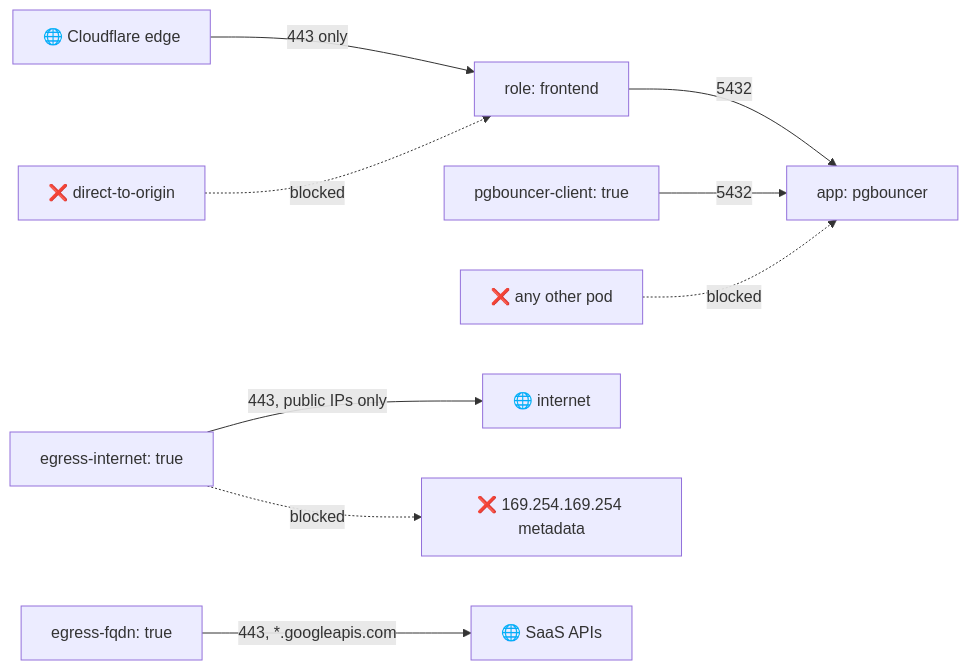
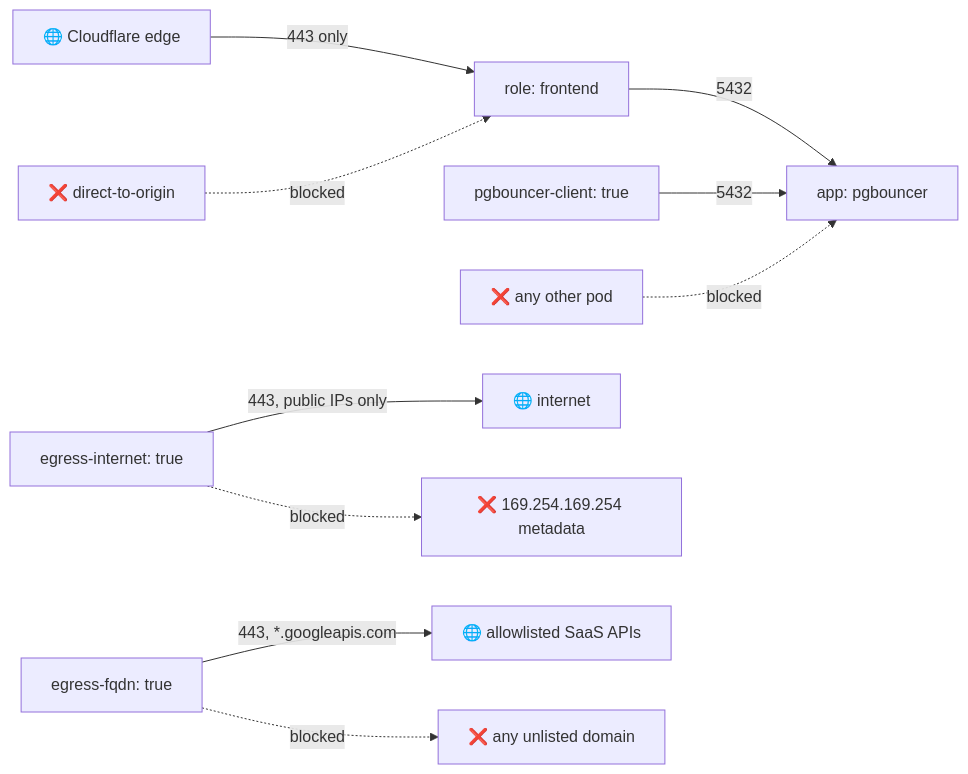
One commit to alice101-dev/k8s-networkpolicy-zero-trust changed the diagram in README.md. Above: the diagram before and after it, drawn with Mermaid.

Commit message:
Show unlisted-domain block for FQDN egress in topology diagram

````diff
--- a/README.md
+++ b/README.md
@@ -12,11 +12,12 @@
 ```mermaid
 graph LR
     CF["🌐 Cloudflare edge"] -->|443 only| FE["role: frontend"]
     X["❌ direct-to-origin"] -.blocked.-> FE
     FE -->|5432| PB["app: pgbouncer"]
     BE["pgbouncer-client: true"] -->|5432| PB
     Y["❌ any other pod"] -.blocked.-> PB
     EG["egress-internet: true"] -->|443, public IPs only| NET["🌐 internet"]
     EG -.blocked.-> META["❌ 169.254.169.254 metadata"]
-    FQ["egress-fqdn: true"] -->|"443, *.googleapis.com"| SAAS["🌐 SaaS APIs"]
+    FQ["egress-fqdn: true"] -->|"443, *.googleapis.com"| SAAS["🌐 allowlisted SaaS APIs"]
+    FQ -.blocked.-> BAD["❌ any unlisted domain"]
 ```
````
